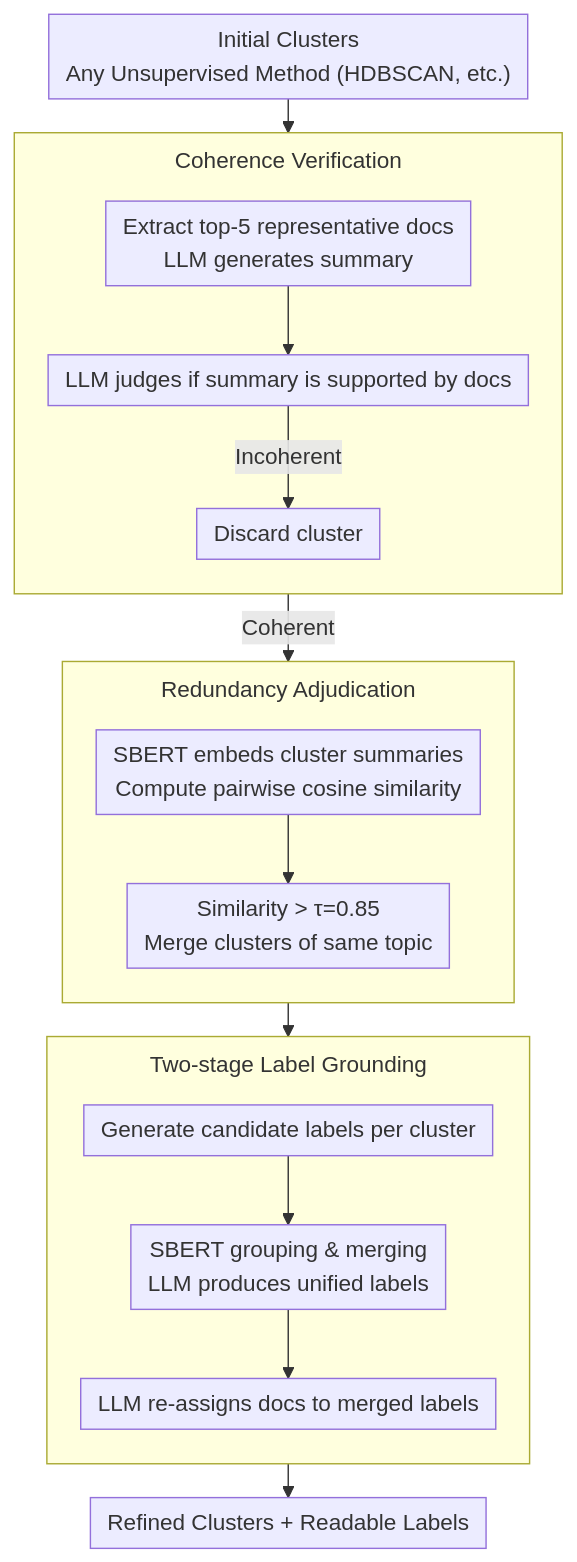
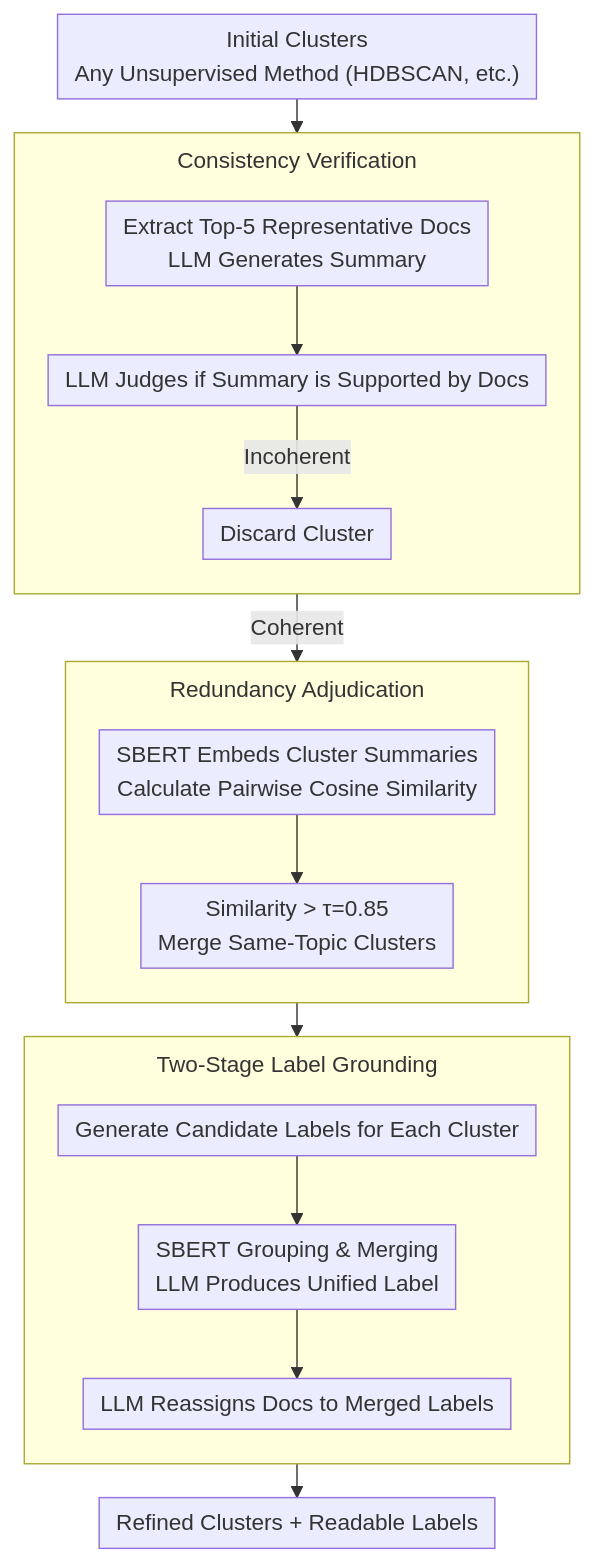
Before and after one commit to zhaoyang97/Paper-Notes-en: the diagram in docs/ACL2026/nlp_understanding/reasoning-based_refinement_of_unsupervised_text_clusters_with_llms.md, drawn with Mermaid. The commit also changed other lines of this file and 5084 other files, not shown here.

````diff
--- a/docs/ACL2026/nlp_understanding/reasoning-based_refinement_of_unsupervised_text_clusters_with_llms.md
+++ b/docs/ACL2026/nlp_understanding/reasoning-based_refinement_of_unsupervised_text_clusters_with_llms.md
@@ -42,21 +42,21 @@
 ```mermaid
 %%{init: {'flowchart': {'rankSpacing': 24, 'nodeSpacing': 28, 'padding': 6, 'wrappingWidth': 400, 'subGraphTitleMargin': {'top': 8, 'bottom': 16}}}}%%
 flowchart TD
     A["Initial Clusters<br/>Any Unsupervised Method (HDBSCAN, etc.)"] --> B
-    subgraph S1["Coherence Verification"]
+    subgraph S1["Consistency Verification"]
         direction TB
-        B["Extract top-5 representative docs<br/>LLM generates summary"] --> C["LLM judges if summary is supported by docs"]
-        C -->|Incoherent| X["Discard cluster"]
+        B["Extract Top-5 Representative Docs<br/>LLM Generates Summary"] --> C["LLM Judges if Summary is Supported by Docs"]
+        C -->|Incoherent| X["Discard Cluster"]
     end
     C -->|Coherent| D
     subgraph S2["Redundancy Adjudication"]
         direction TB
-        D["SBERT embeds cluster summaries<br/>Compute pairwise cosine similarity"] --> E["Similarity > τ=0.85<br/>Merge clusters of same topic"]
+        D["SBERT Embeds Cluster Summaries<br/>Calculate Pairwise Cosine Similarity"] --> E["Similarity > τ=0.85<br/>Merge Same-Topic Clusters"]
     end
     E --> F
-    subgraph S3["Two-stage Label Grounding"]
+    subgraph S3["Two-Stage Label Grounding"]
         direction TB
-        F["Generate candidate labels per cluster"] --> G["SBERT grouping & merging<br/>LLM produces unified labels"] --> H["LLM re-assigns docs to merged labels"]
+        F["Generate Candidate Labels for Each Cluster"] --> G["SBERT Grouping & Merging<br/>LLM Produces Unified Label"] --> H["LLM Reassigns Docs to Merged Labels"]
     end
     H --> Z["Refined Clusters + Readable Labels"]
 ```
````
